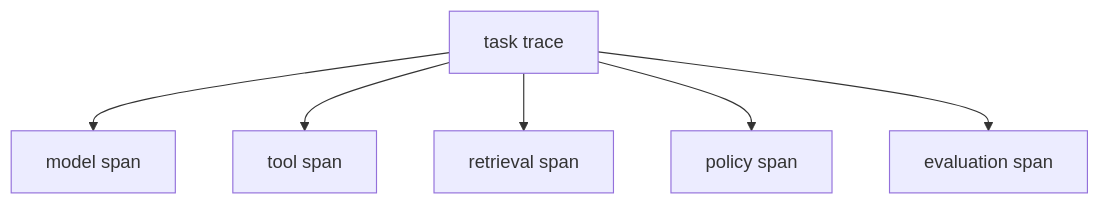
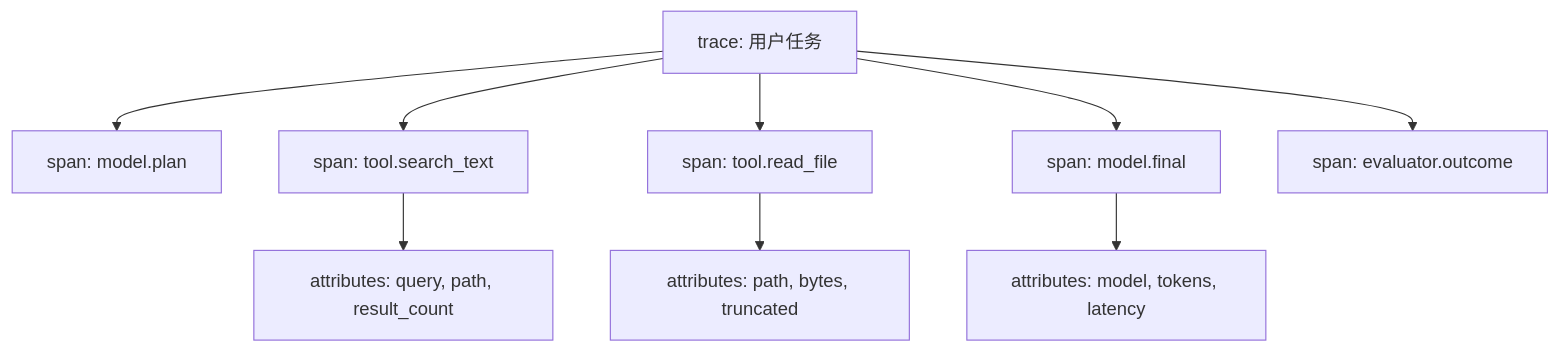
One commit to Doge2077/liyyro changed the first of 2 diagrams in docs/AI/Agent/Agent评估/Agent可观测性.md. Above: the diagram before and after it, drawn with Mermaid. The commit also changed other lines of this file and 27 other files, not shown here.

````diff
--- a/docs/AI/Agent/Agent评估/Agent可观测性.md
+++ b/docs/AI/Agent/Agent评估/Agent可观测性.md
@@ -28,8 +34,11 @@
 ```mermaid
 flowchart TD
-  A["task trace"] --> B["model span"]
-  A --> C["tool span"]
-  A --> D["retrieval span"]
-  A --> E["policy span"]
-  A --> F["evaluation span"]
+  A["trace: 用户任务"] --> B["span: model.plan"]
+  A --> C["span: tool.search_text"]
+  A --> D["span: tool.read_file"]
+  A --> E["span: model.final"]
+  A --> F["span: evaluator.outcome"]
+  C --> C1["attributes: query, path, result_count"]
+  D --> D1["attributes: path, bytes, truncated"]
+  E --> E1["attributes: model, tokens, latency"]
 ```
````
